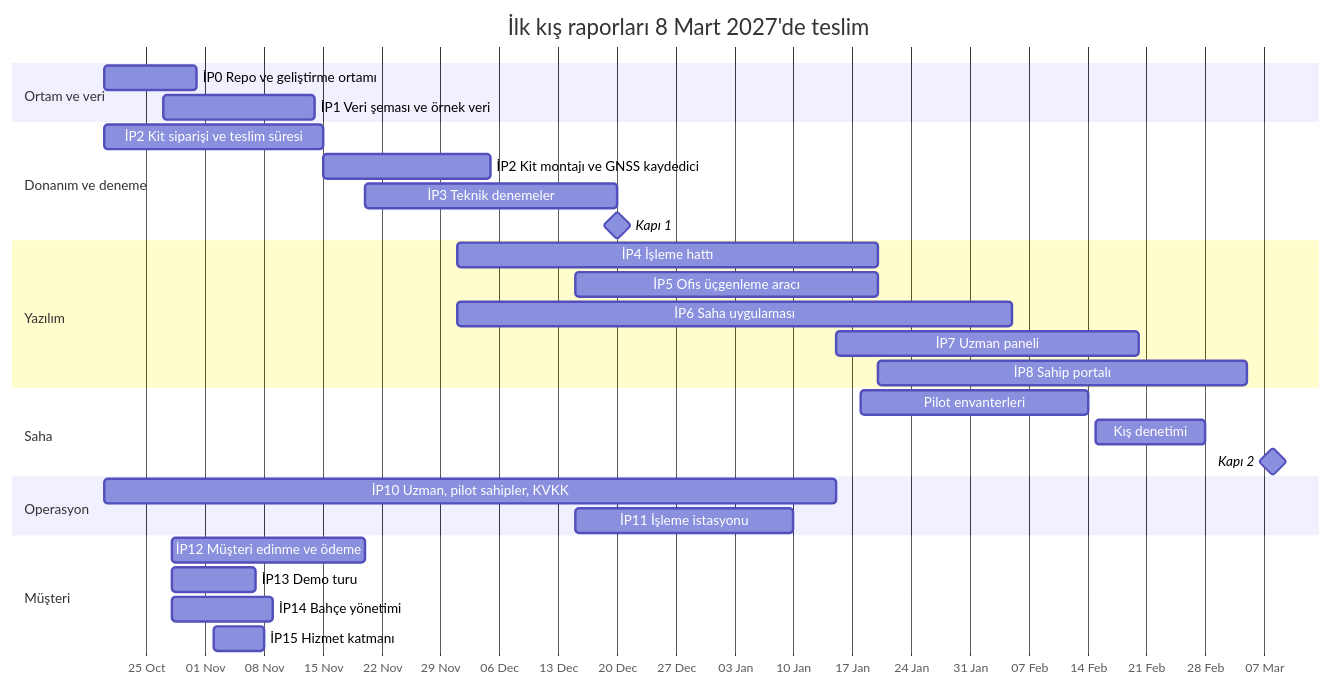
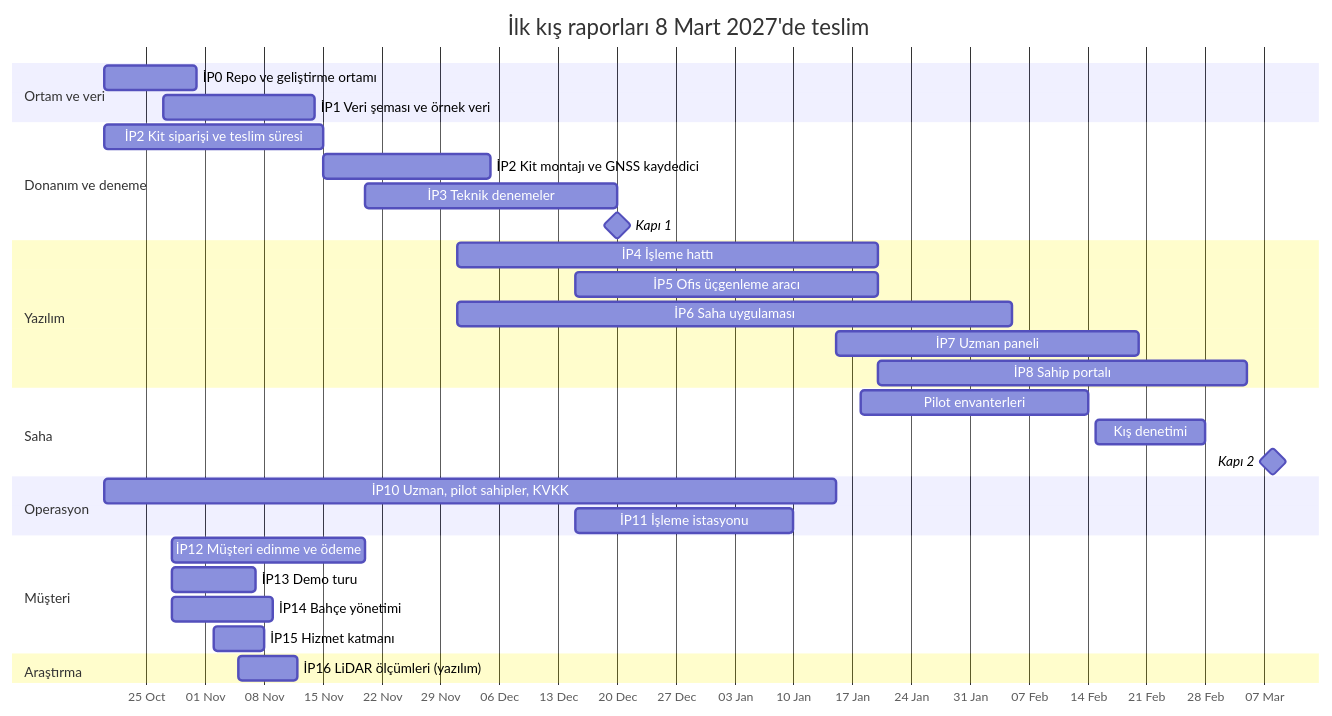
The diagram in docs/plan.md (yusuftiryaki/orchadOS), drawn with Mermaid before and after one commit. The commit also changed other lines of this file and 4 other files, not shown here.

````diff
--- a/docs/plan.md
+++ b/docs/plan.md
@@ -21,32 +21,34 @@
 ```mermaid
 gantt
     title İlk kış raporları 8 Mart 2027'de teslim
     dateFormat YYYY-MM-DD
     axisFormat %d %b
     section Ortam ve veri
     İP0 Repo ve geliştirme ortamı      :ip0, 2026-10-20, 2026-10-31
     İP1 Veri şeması ve örnek veri      :ip1, 2026-10-27, 2026-11-14
     section Donanım ve deneme
     İP2 Kit siparişi ve teslim süresi  :ip2a, 2026-10-20, 2026-11-15
     İP2 Kit montajı ve GNSS kaydedici  :ip2b, 2026-11-15, 2026-12-05
     İP3 Teknik denemeler               :ip3, 2026-11-20, 2026-12-20
     Kapı 1                             :milestone, k1, 2026-12-20, 0d
     section Yazılım
     İP4 İşleme hattı                   :ip4, 2026-12-01, 2027-01-20
     İP5 Ofis üçgenleme aracı           :ip5, 2026-12-15, 2027-01-20
     İP6 Saha uygulaması                :ip6, 2026-12-01, 2027-02-05
     İP7 Uzman paneli                   :ip7, 2027-01-15, 2027-02-20
     İP8 Sahip portalı                  :ip8, 2027-01-20, 2027-03-05
     section Saha
     Pilot envanterleri                 :env, 2027-01-18, 2027-02-14
     Kış denetimi                       :kis, 2027-02-15, 2027-02-28
     Kapı 2                             :milestone, k2, 2027-03-08, 0d
     section Operasyon
     İP10 Uzman, pilot sahipler, KVKK   :ip10, 2026-10-20, 2027-01-15
     İP11 İşleme istasyonu              :ip11, 2026-12-15, 2027-01-10
     section Müşteri
     İP12 Müşteri edinme ve ödeme       :ip12, 2026-10-28, 2026-11-20
     İP13 Demo turu                     :ip13, 2026-10-28, 2026-11-07
     İP14 Bahçe yönetimi                :ip14, 2026-10-28, 2026-11-09
     İP15 Hizmet katmanı: ot biçme      :ip15, 2026-11-02, 2026-11-08
+    section Araştırma
+    İP16 LiDAR ölçümleri (yazılım)     :ip16, 2026-11-05, 2026-11-12
 ```
````
